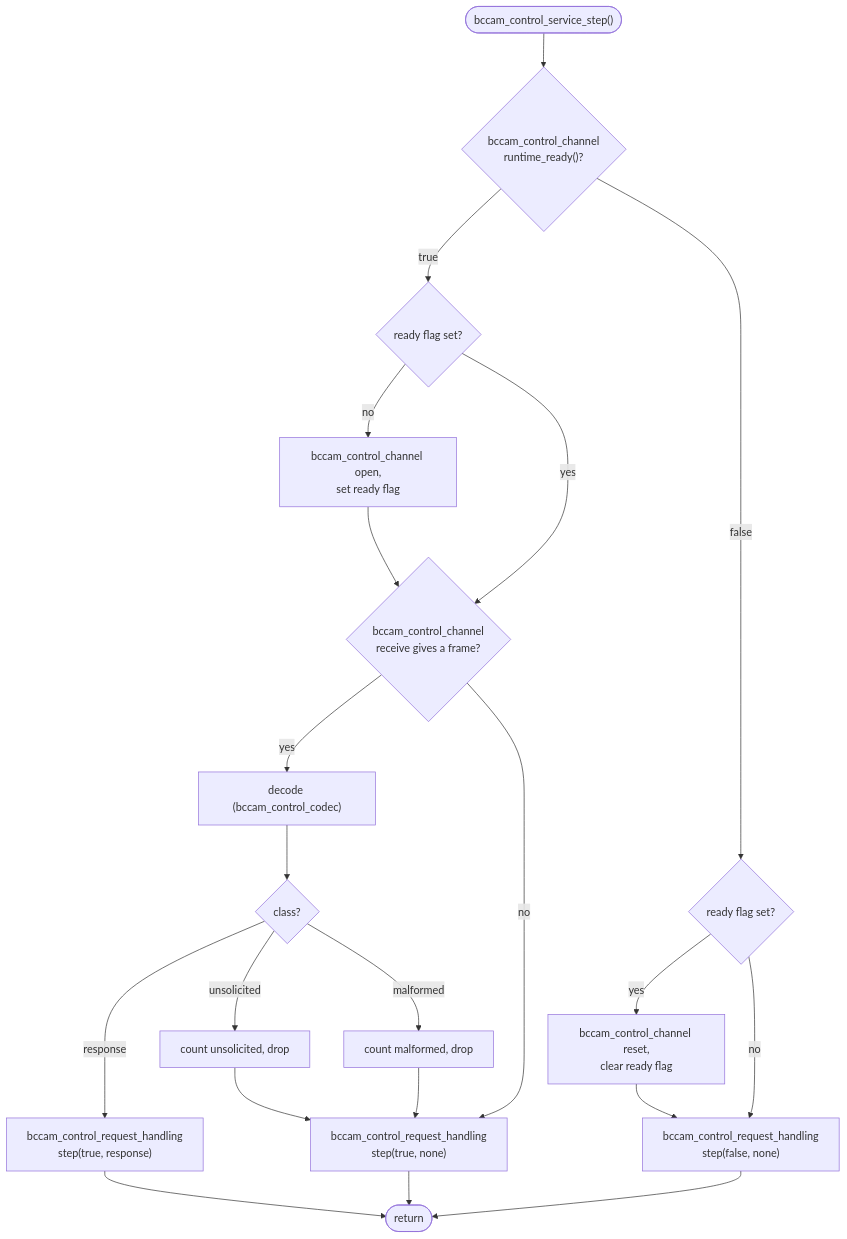
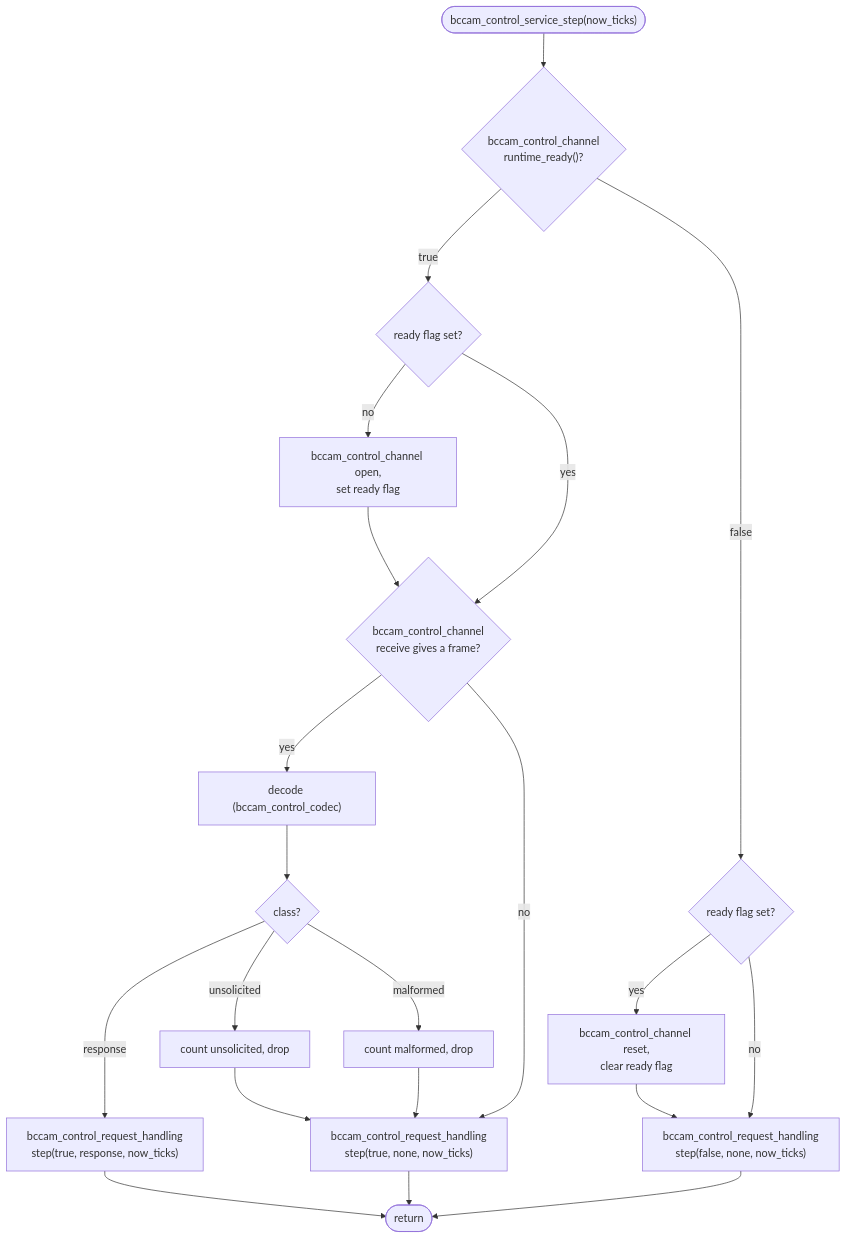
One commit to bitcraze/crazyflie-firmware changed the sixth of 10 diagrams in docs/functional-areas/camera-deck-control.md. Above: the diagram before and after it, drawn with Mermaid. The commit also changed other lines of this file, not shown here.

Commit message:
doc: Pass time to request handling

````diff
--- a/docs/functional-areas/camera-deck-control.md
+++ b/docs/functional-areas/camera-deck-control.md
@@ -566,39 +566,39 @@
 ```mermaid
 flowchart TD
-    s0(["bccam_control_service_step()"])
+    s0(["bccam_control_service_step(now_ticks)"])
     r0{"bccam_control_channel<br/>runtime_ready()?"}
 
     r1{"ready flag set?"}
     r2["bccam_control_channel open,<br/>set ready flag"]
     f0{"bccam_control_channel<br/>receive gives a frame?"}
     f1["decode (bccam_control_codec)"]
     f2{"class?"}
     fu["count unsolicited, drop"]
     fm["count malformed, drop"]
-    h1["bccam_control_request_handling<br/>step(true, response)"]
-    h2["bccam_control_request_handling<br/>step(true, none)"]
+    h1["bccam_control_request_handling<br/>step(true, response, now_ticks)"]
+    h2["bccam_control_request_handling<br/>step(true, none, now_ticks)"]
 
     n1{"ready flag set?"}
     n2["bccam_control_channel reset,<br/>clear ready flag"]
-    h3["bccam_control_request_handling<br/>step(false, none)"]
+    h3["bccam_control_request_handling<br/>step(false, none, now_ticks)"]
 
     e0(["return"])
 
     s0 --> r0
     r0 -- "true" --> r1
     r1 -- "no" --> r2 --> f0
     r1 -- "yes" --> f0
     f0 -- "yes" --> f1 --> f2
     f0 -- "no" --> h2
     f2 -- "response" --> h1
     f2 -- "unsolicited" --> fu --> h2
     f2 -- "malformed" --> fm --> h2
 
     r0 -- "false" --> n1
     n1 -- "yes" --> n2 --> h3
     n1 -- "no" --> h3
 
     h1 --> e0
     h2 --> e0
     h3 --> e0
 ```
````
